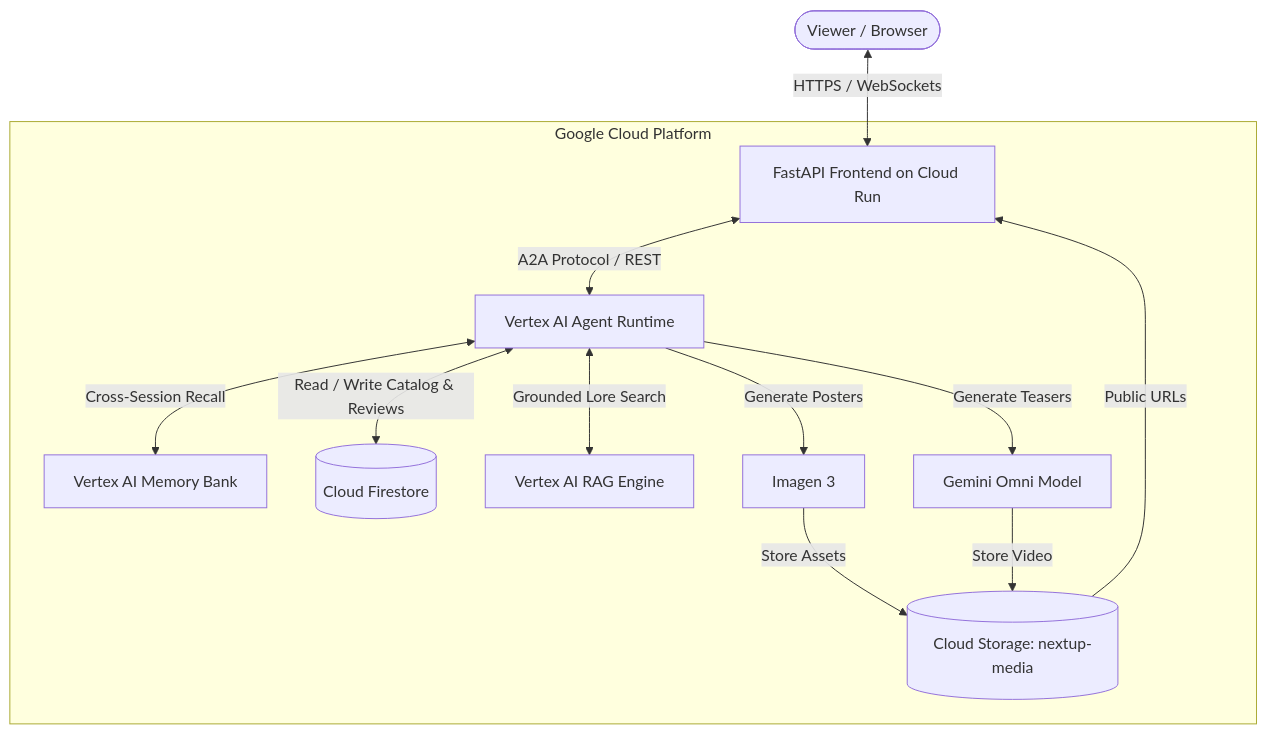
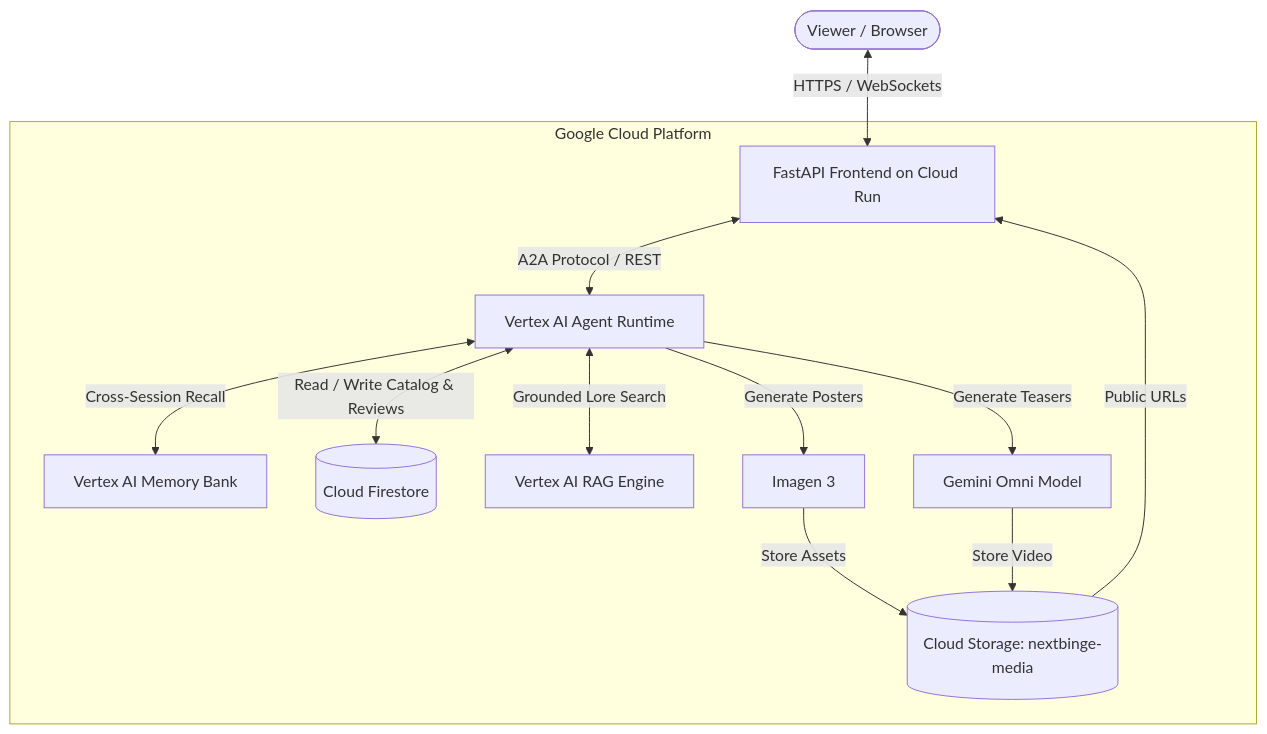
One commit to kayush2O6/buildwithgemini-nextbinge changed the diagram in README.md. Above: the diagram before and after it, drawn with Mermaid. The commit also changed other lines of this file and 11 other files, not shown here.

Commit message:
refactor: rename all occurrences of nextup to nextbinge across codebase, docs, bucket, and tests

````diff
--- a/README.md
+++ b/README.md
@@ -67,17 +67,17 @@
 ```mermaid
 graph TD
     User([Viewer / Browser]) <-->|HTTPS / WebSockets| Frontend[FastAPI Frontend on Cloud Run]
     Frontend <-->|A2A Protocol / REST| AgentRuntime[Vertex AI Agent Runtime]
     
     subgraph Google Cloud Platform
         AgentRuntime <-->|Cross-Session Recall| MemoryBank[Vertex AI Memory Bank]
         AgentRuntime <-->|Read / Write Catalog & Reviews| Firestore[(Cloud Firestore)]
         AgentRuntime <-->|Grounded Lore Search| RAGEngine[Vertex AI RAG Engine]
         AgentRuntime -->|Generate Posters| Imagen3[Imagen 3]
         AgentRuntime -->|Generate Teasers| OmniModel[Gemini Omni Model]
         
-        Imagen3 -->|Store Assets| GCS[(Cloud Storage: nextup-media)]
+        Imagen3 -->|Store Assets| GCS[(Cloud Storage: nextbinge-media)]
         OmniModel -->|Store Video| GCS
         GCS -->|Public URLs| Frontend
     end
 ```
````
